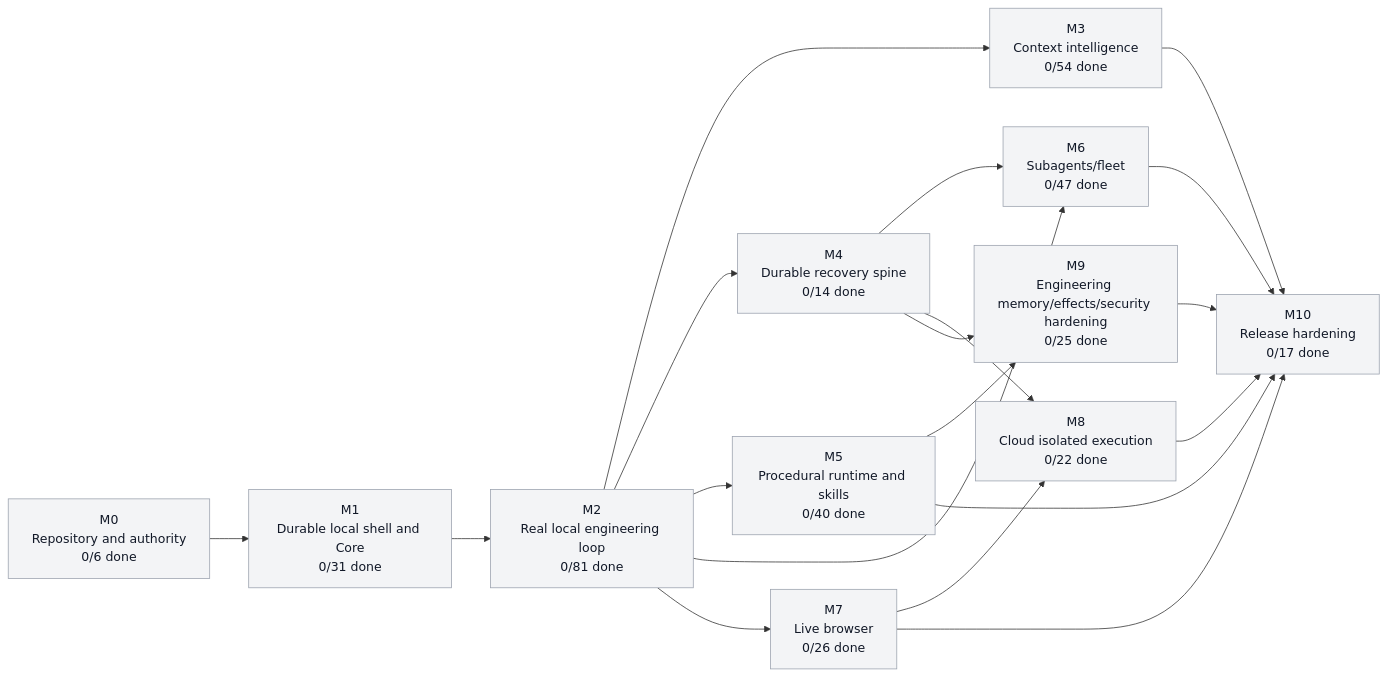
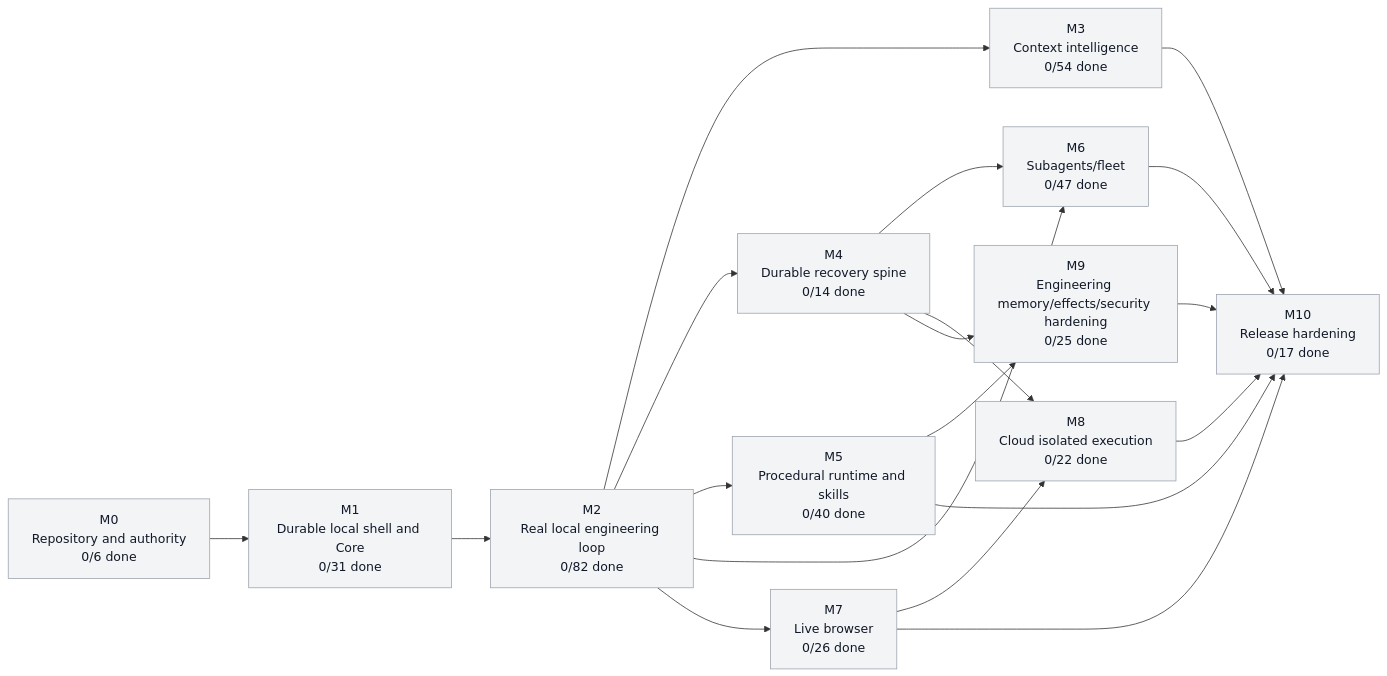
One commit to moss101/modbit changed the first of 5 diagrams in graph/PROJECT_GRAPH.md. Above: the diagram before and after it, drawn with Mermaid. The commit also changed other lines of this file and 31 other files, not shown here.

````diff
--- a/graph/PROJECT_GRAPH.md
+++ b/graph/PROJECT_GRAPH.md
@@ -54,43 +57,43 @@
 ```mermaid
 flowchart LR
   M0["M0<br/>Repository and authority<br/>0/6 done"]
   M1["M1<br/>Durable local shell and Core<br/>0/31 done"]
-  M2["M2<br/>Real local engineering loop<br/>0/81 done"]
+  M2["M2<br/>Real local engineering loop<br/>0/82 done"]
   M3["M3<br/>Context intelligence<br/>0/54 done"]
   M4["M4<br/>Durable recovery spine<br/>0/14 done"]
   M5["M5<br/>Procedural runtime and skills<br/>0/40 done"]
   M6["M6<br/>Subagents/fleet<br/>0/47 done"]
   M7["M7<br/>Live browser<br/>0/26 done"]
   M8["M8<br/>Cloud isolated execution<br/>0/22 done"]
   M9["M9<br/>Engineering memory/effects/security hardening<br/>0/25 done"]
   M10["M10<br/>Release hardening<br/>0/17 done"]
   M0 --> M1
   M1 --> M2
   M2 --> M3
   M2 --> M4
   M2 --> M5
   M2 --> M6
   M4 --> M6
   M2 --> M7
   M4 --> M8
   M7 --> M8
   M4 --> M9
   M5 --> M9
   M3 --> M10
   M5 --> M10
   M6 --> M10
   M7 --> M10
   M8 --> M10
   M9 --> M10
   style M0 fill:#f3f4f6,stroke:#9ca3af,color:#111827
   style M1 fill:#f3f4f6,stroke:#9ca3af,color:#111827
   style M2 fill:#f3f4f6,stroke:#9ca3af,color:#111827
   style M3 fill:#f3f4f6,stroke:#9ca3af,color:#111827
   style M4 fill:#f3f4f6,stroke:#9ca3af,color:#111827
   style M5 fill:#f3f4f6,stroke:#9ca3af,color:#111827
   style M6 fill:#f3f4f6,stroke:#9ca3af,color:#111827
   style M7 fill:#f3f4f6,stroke:#9ca3af,color:#111827
   style M8 fill:#f3f4f6,stroke:#9ca3af,color:#111827
   style M9 fill:#f3f4f6,stroke:#9ca3af,color:#111827
   style M10 fill:#f3f4f6,stroke:#9ca3af,color:#111827
 ```
````
